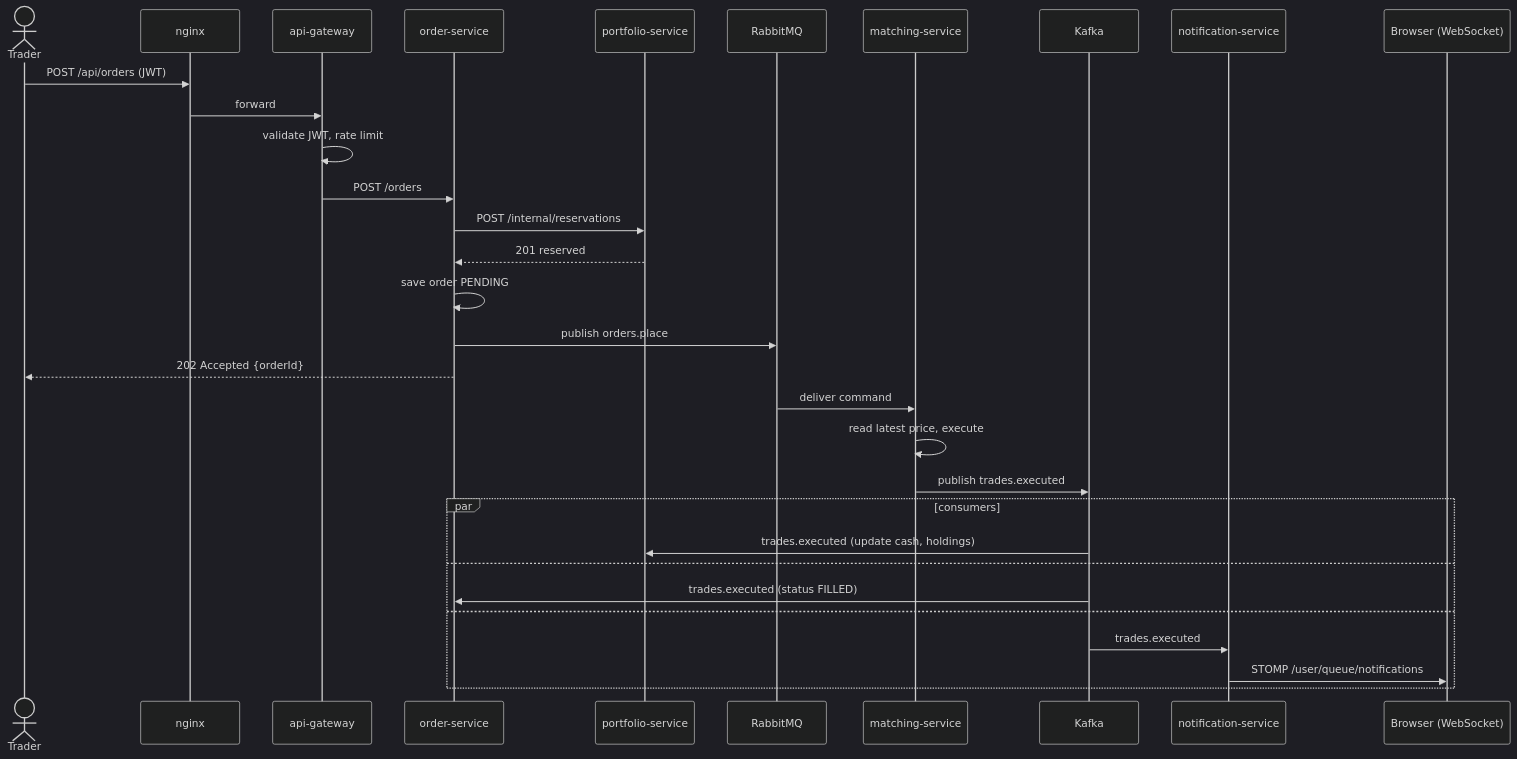
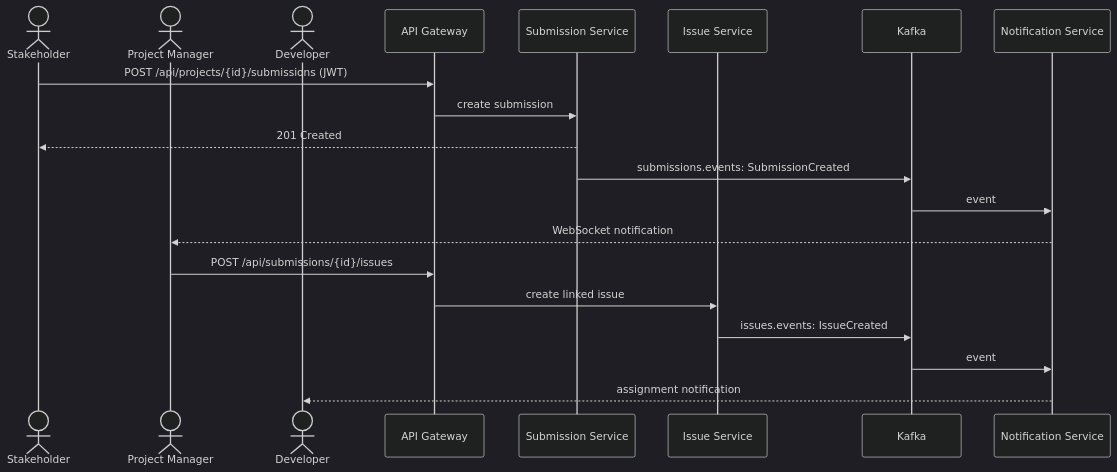
The first of 3 diagrams in docs/architecture/uml-diagrams.md (MARKUCI14/teamFlow), drawn with Mermaid (dark theme) before and after one commit. The commit also changed other lines of this file and 39 other files, not shown here.

````diff
--- a/docs/architecture/uml-diagrams.md
+++ b/docs/architecture/uml-diagrams.md
@@ -5,34 +5,22 @@
 ```mermaid
 sequenceDiagram
-  actor T as Trader
-  participant N as nginx
-  participant G as api-gateway
-  participant O as order-service
-  participant P as portfolio-service
-  participant R as RabbitMQ
-  participant M as matching-service
+  actor S as Stakeholder
+  actor PM as Project Manager
+  actor D as Developer
+  participant G as API Gateway
+  participant SUB as Submission Service
+  participant ISS as Issue Service
   participant K as Kafka
-  participant NS as notification-service
-  participant W as Browser (WebSocket)
-
-  T->>N: POST /api/orders (JWT)
-  N->>G: forward
-  G->>G: validate JWT, rate limit
-  G->>O: POST /orders
-  O->>P: POST /internal/reservations
-  P-->>O: 201 reserved
-  O->>O: save order PENDING
-  O->>R: publish orders.place
-  O-->>T: 202 Accepted {orderId}
-  R->>M: deliver command
-  M->>M: read latest price, execute
-  M->>K: publish trades.executed
-  par consumers
-    K->>P: trades.executed (update cash, holdings)
-  and
-    K->>O: trades.executed (status FILLED)
-  and
-    K->>NS: trades.executed
-    NS->>W: STOMP /user/queue/notifications
-  end
+  participant N as Notification Service
+  S->>G: POST /api/projects/{id}/submissions (JWT)
+  G->>SUB: create submission
+  SUB-->>S: 201 Created
+  SUB->>K: submissions.events: SubmissionCreated
+  K->>N: event
+  N-->>PM: WebSocket notification
+  PM->>G: POST /api/submissions/{id}/issues
+  G->>ISS: create linked issue
+  ISS->>K: issues.events: IssueCreated
+  K->>N: event
+  N-->>D: assignment notification
 ```
````
